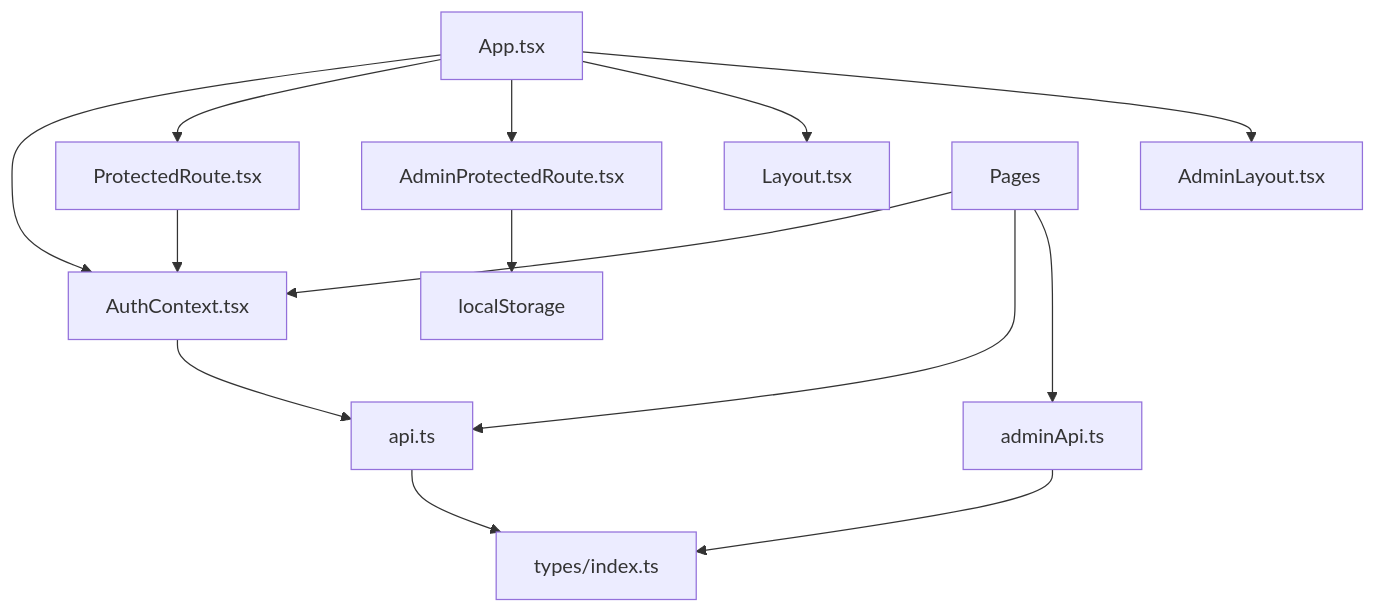
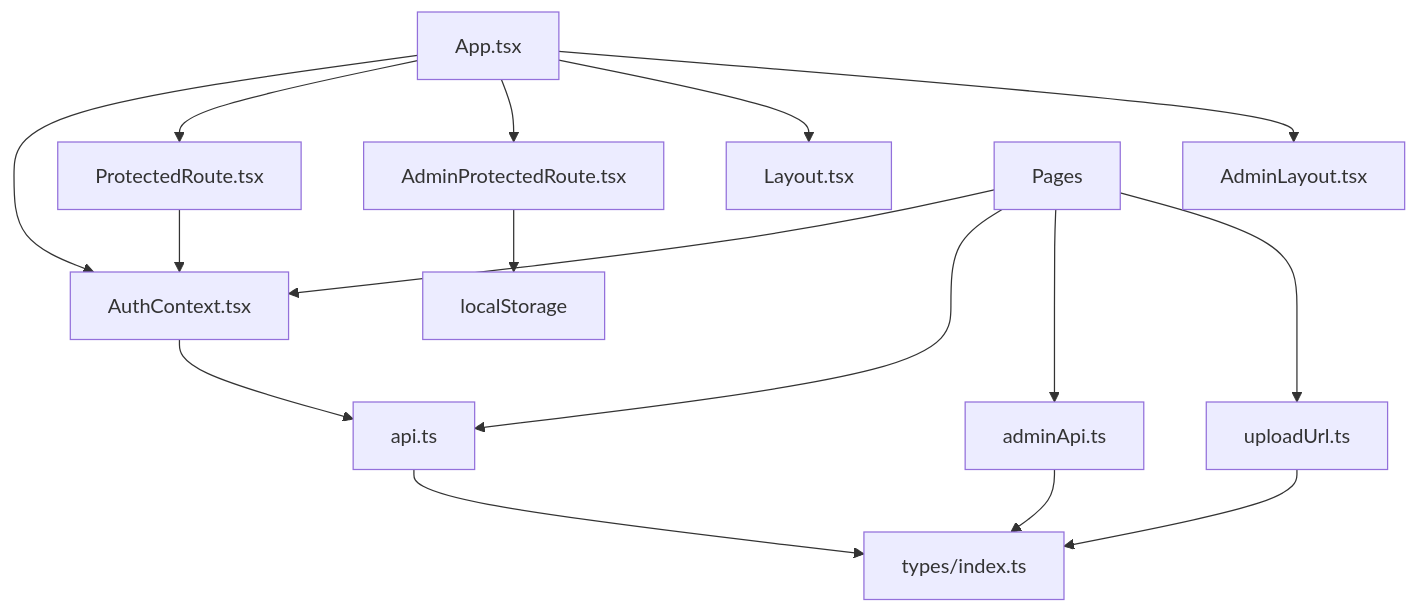
Before and after one commit to NaveenHiranya/Smart-Vehicle-Insurance-Claim-System: the ninth of 11 diagrams in .qoder/repowiki/en/content/Frontend Documentation/Frontend Documentation.md, drawn with Mermaid. The commit also changed other lines of this file and 13 other files, not shown here.

````diff
--- a/.qoder/repowiki/en/content/Frontend Documentation/Frontend Documentation.md
+++ b/.qoder/repowiki/en/content/Frontend Documentation/Frontend Documentation.md
@@ -306,16 +394,18 @@
 ```mermaid
 graph TB
 App["App.tsx"] --> Auth["AuthContext.tsx"]
 App --> PR["ProtectedRoute.tsx"]
 App --> APR["AdminProtectedRoute.tsx"]
 App --> L["Layout.tsx"]
 App --> AL["AdminLayout.tsx"]
 Pages["Pages"] --> Auth
 Pages --> API["api.ts"]
 Pages --> AAPI["adminApi.ts"]
+Pages --> Utils["uploadUrl.ts"]
 Auth --> API
 PR --> Auth
 APR --> LocalStorage["localStorage"]
 API --> Types["types/index.ts"]
 AAPI --> Types
+Utils --> Types
 ```
````
